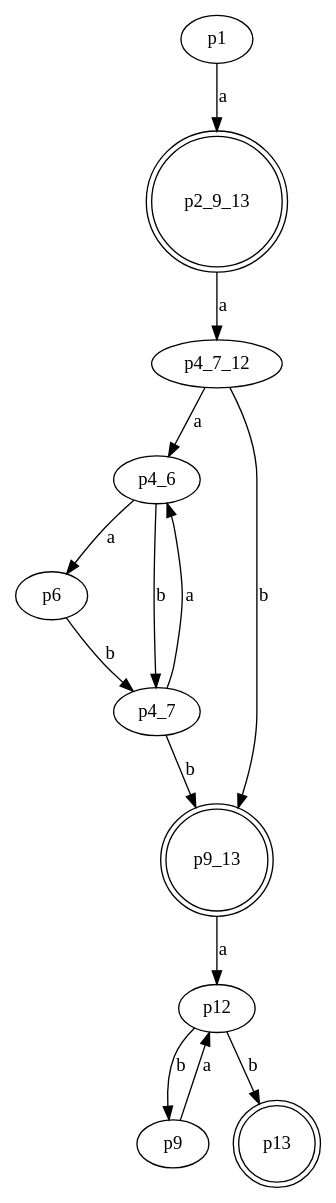
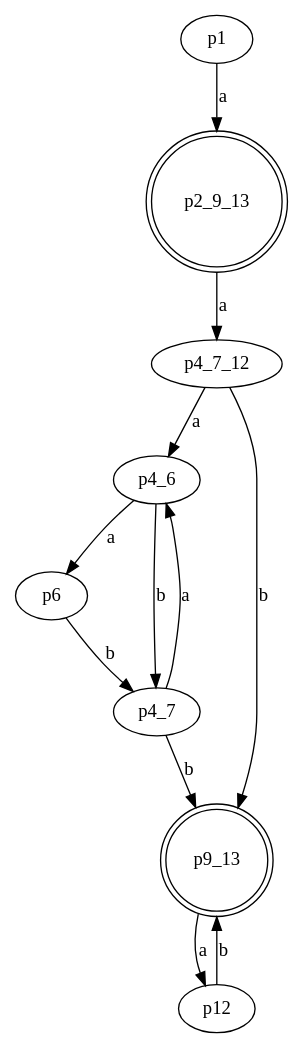
One commit to NRU-MPEI-IMAI/git-Edmelissa changed the diagram in Task3/3_2(final).gv. Above: the diagram before and after it, drawn with Graphviz.

```diff
--- a/Task3/3_2(final).gv
+++ b/Task3/3_2(final).gv
@@ -1,35 +1,30 @@
 digraph G 
 {
     n1 [label = p1]
     n2_9_13 [label = p2_9_13, shape = doublecircle]
     n4_7_12 [label = p4_7_12]
     n4_6 [label = p4_6]
     n9_13 [label = p9_13, shape = doublecircle]
     n6 [label = p6]
     n12 [label = p12]
     n4_7 [label = p4_7]
-    n9 [label = p9]
-    n13 [label = p13, shape = doublecircle]
 
     n1 -> n2_9_13 [label = "a"]
     
     n2_9_13 -> n4_7_12 [label = "a"]
     
     n4_7_12 -> n4_6 [label = "a"]
     n4_7_12 -> n9_13 [label = "b"]
     
     n4_6 -> n6 [label = "a"]
     n4_6 -> n4_7 [label = "b"]
     
     n9_13 -> n12 [label = "a"]
     
     n6 -> n4_7 [label = "b"]
     
     n4_7 -> n4_6 [label = "a"]
     n4_7 -> n9_13 [label = "b"]
     
-    n12 -> n13 [label = "b"]
-    n12 -> n9 [label = "b"]
-    
-    n9 -> n12 [label = "a"]
+    n12 -> n9_13 [label = "b"]
 }
```
